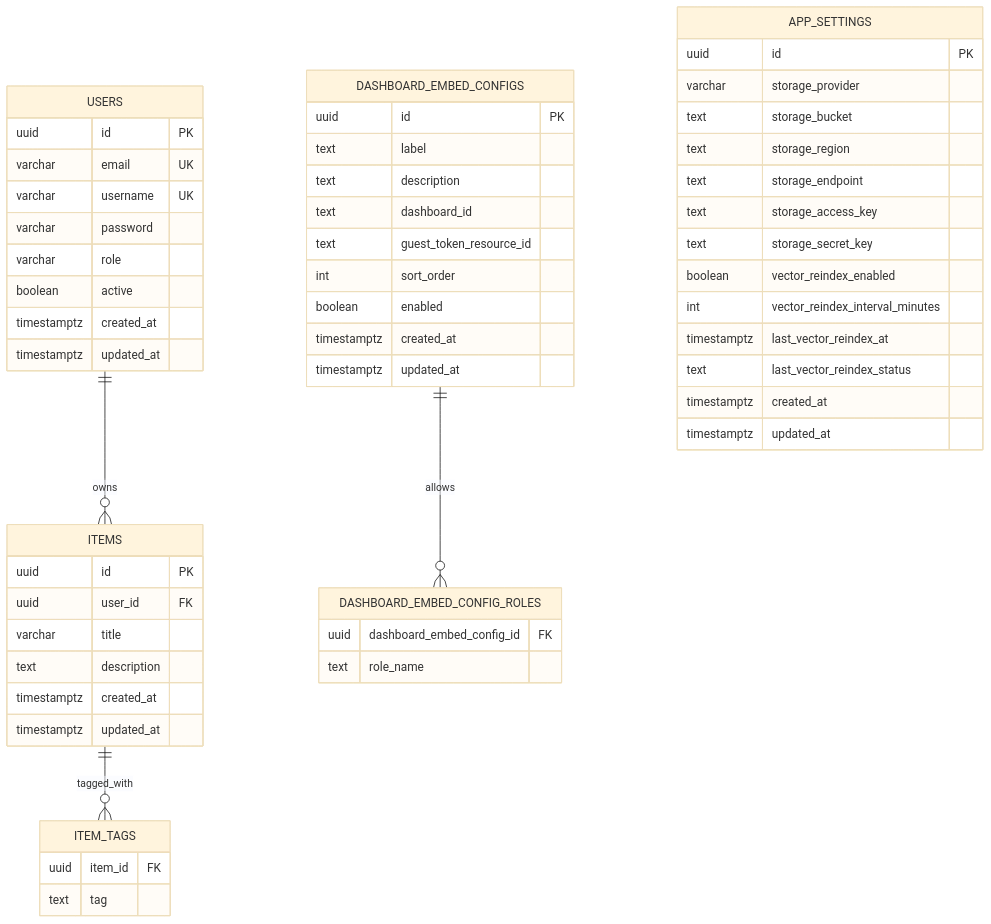
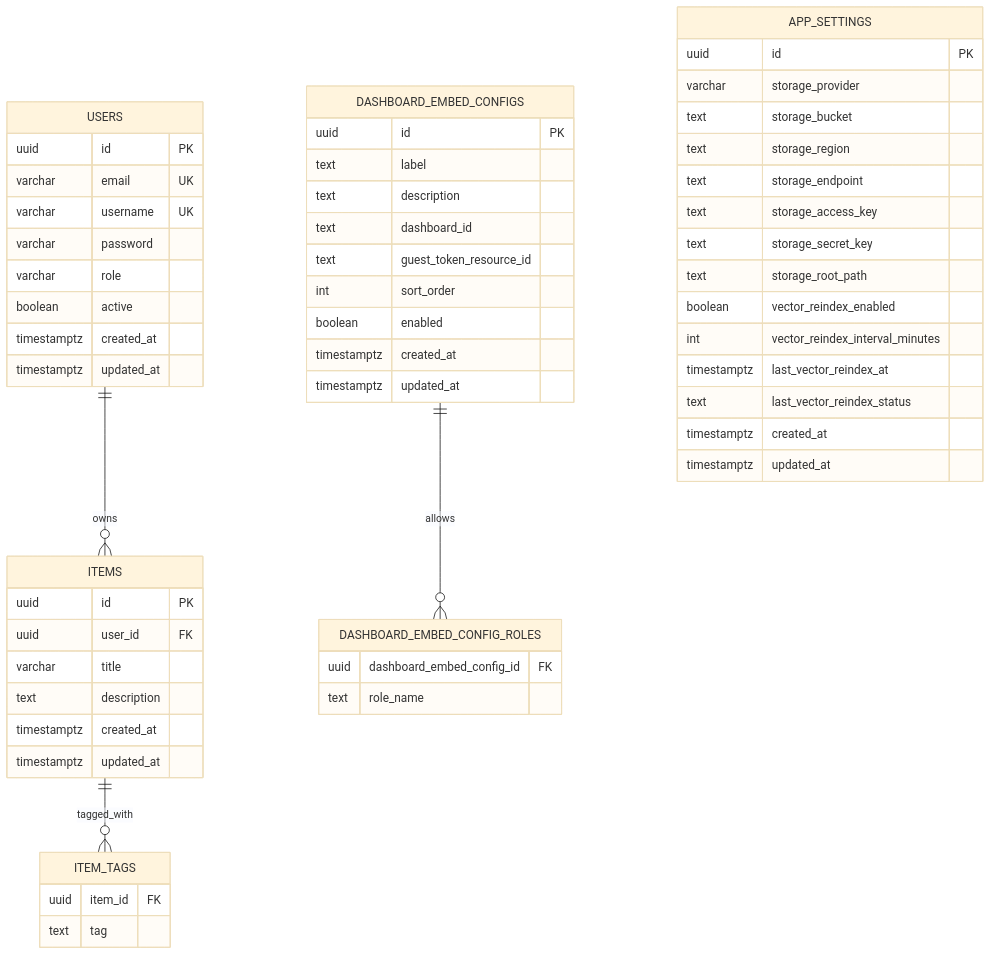
One commit to GrahamCHill/Meshable-Ops changed the first of 2 diagrams in docs/database-layout.md. Above: the diagram before and after it, drawn with Mermaid (base theme). The commit also changed other lines of this file and 25 other files, not shown here.

````diff
--- a/docs/database-layout.md
+++ b/docs/database-layout.md
@@ -22,64 +22,65 @@
 ```mermaid
 erDiagram
     USERS ||--o{ ITEMS : owns
     ITEMS ||--o{ ITEM_TAGS : tagged_with
     DASHBOARD_EMBED_CONFIGS ||--o{ DASHBOARD_EMBED_CONFIG_ROLES : allows
 
     USERS {
         uuid id PK
         varchar email UK
         varchar username UK
         varchar password
         varchar role
         boolean active
         timestamptz created_at
         timestamptz updated_at
     }
 
     ITEMS {
         uuid id PK
         uuid user_id FK
         varchar title
         text description
         timestamptz created_at
         timestamptz updated_at
     }
 
     ITEM_TAGS {
         uuid item_id FK
         text tag
     }
 
     DASHBOARD_EMBED_CONFIGS {
         uuid id PK
         text label
         text description
         text dashboard_id
         text guest_token_resource_id
         int sort_order
         boolean enabled
         timestamptz created_at
         timestamptz updated_at
     }
 
     DASHBOARD_EMBED_CONFIG_ROLES {
         uuid dashboard_embed_config_id FK
         text role_name
     }
 
     APP_SETTINGS {
         uuid id PK
         varchar storage_provider
         text storage_bucket
         text storage_region
         text storage_endpoint
         text storage_access_key
         text storage_secret_key
+        text storage_root_path
         boolean vector_reindex_enabled
         int vector_reindex_interval_minutes
         timestamptz last_vector_reindex_at
         text last_vector_reindex_status
         timestamptz created_at
         timestamptz updated_at
     }
 ```
````
